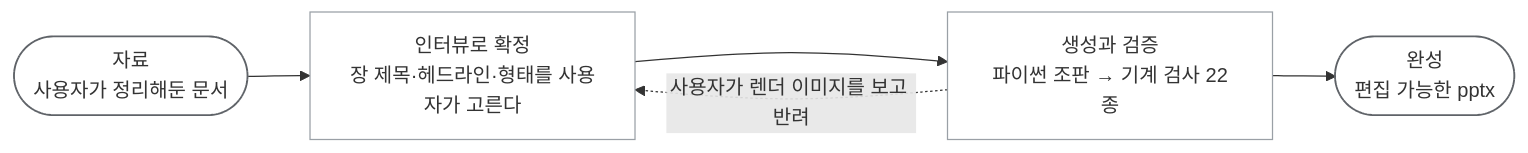
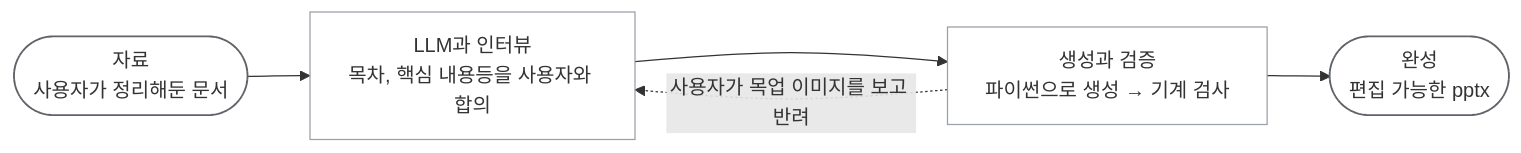
One commit to ghdtjrgns321-creator/pptxmaker changed the diagram in README.md. Above: the diagram before and after it, drawn with Mermaid. The commit also changed other lines of this file and 1 other file, not shown here.

Commit message:
docs: 개요 3절을 인터뷰·조판 경계·검증·목업 4갈래로 재구성

````diff
--- a/README.md
+++ b/README.md
@@ -26,15 +26,15 @@
 ```mermaid
 flowchart LR
     IN(["자료<br/>사용자가 정리해둔 문서"])
-    FIX["인터뷰로 확정<br/>장 제목·헤드라인·형태를 사용자가 고른다"]
-    RUN["생성과 검증<br/>파이썬 조판 → 기계 검사 22종"]
+    FIX["LLM과 인터뷰<br/>목차, 핵심 내용등을 사용자와 합의"]
+    RUN["생성과 검증<br/>파이썬으로 생성 → 기계 검사"]
     OUT(["완성<br/>편집 가능한 pptx"])
 
     IN --> FIX --> RUN --> OUT
-    RUN -.->|사용자가 렌더 이미지를 보고 반려| FIX
+    RUN -.->|사용자가 목업 이미지를 보고 반려| FIX
 
     classDef step fill:none,stroke:#9aa0a6,stroke-width:1px
     classDef port fill:none,stroke:#5f6368,stroke-width:1.5px
     class FIX,RUN step
     class IN,OUT port
 ```
````
